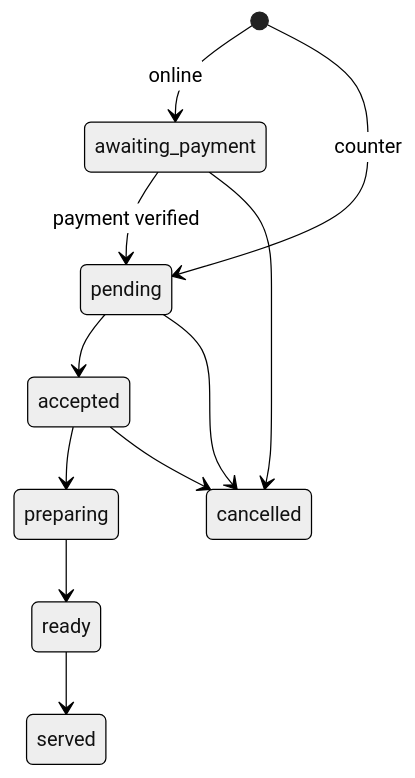
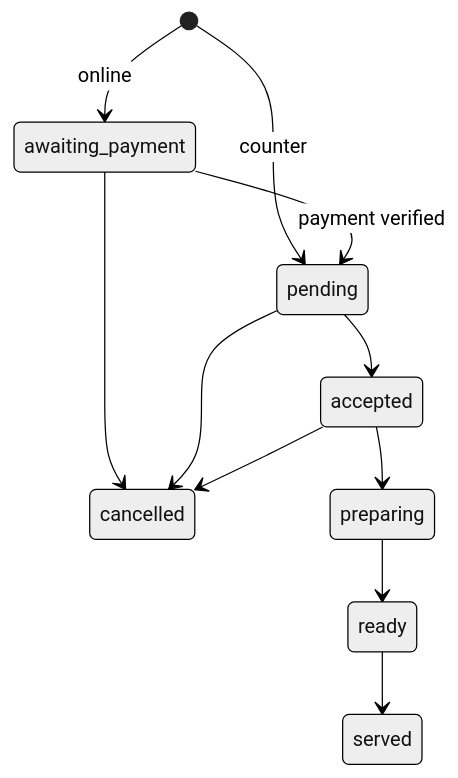
Before and after one commit to Tecso-Dev/sarmiz: the first of 2 diagrams in services/order/README.md, drawn with Mermaid (neutral theme). The commit also changed other lines of this file and 12 other files, not shown here.

````diff
--- a/services/order/README.md
+++ b/services/order/README.md
@@ -44,13 +50,13 @@
 ```mermaid
 stateDiagram-v2
-  [*] --> awaiting_payment: online
-  [*] --> pending: counter
-  awaiting_payment --> pending: payment verified
-  pending --> accepted
-  accepted --> preparing
-  preparing --> ready
-  ready --> served
-  awaiting_payment --> cancelled
-  pending --> cancelled
-  accepted --> cancelled
+    [*] --> awaiting_payment: online
+    [*] --> pending: counter
+    awaiting_payment --> pending: payment verified
+    awaiting_payment --> cancelled
+    pending --> accepted
+    pending --> cancelled
+    accepted --> preparing
+    accepted --> cancelled
+    preparing --> ready
+    ready --> served
 ```
````
